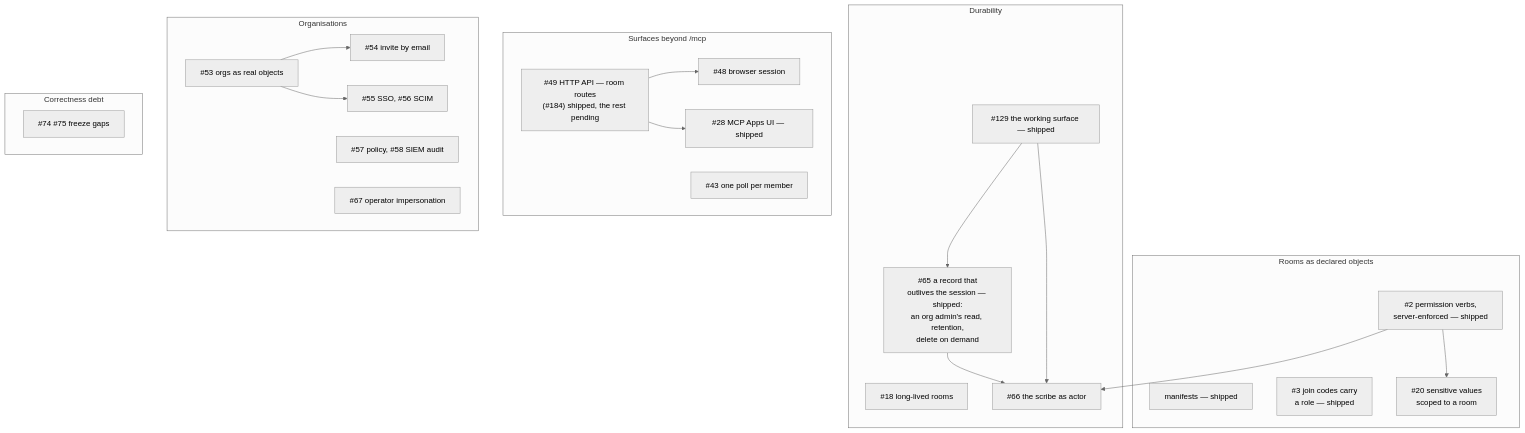
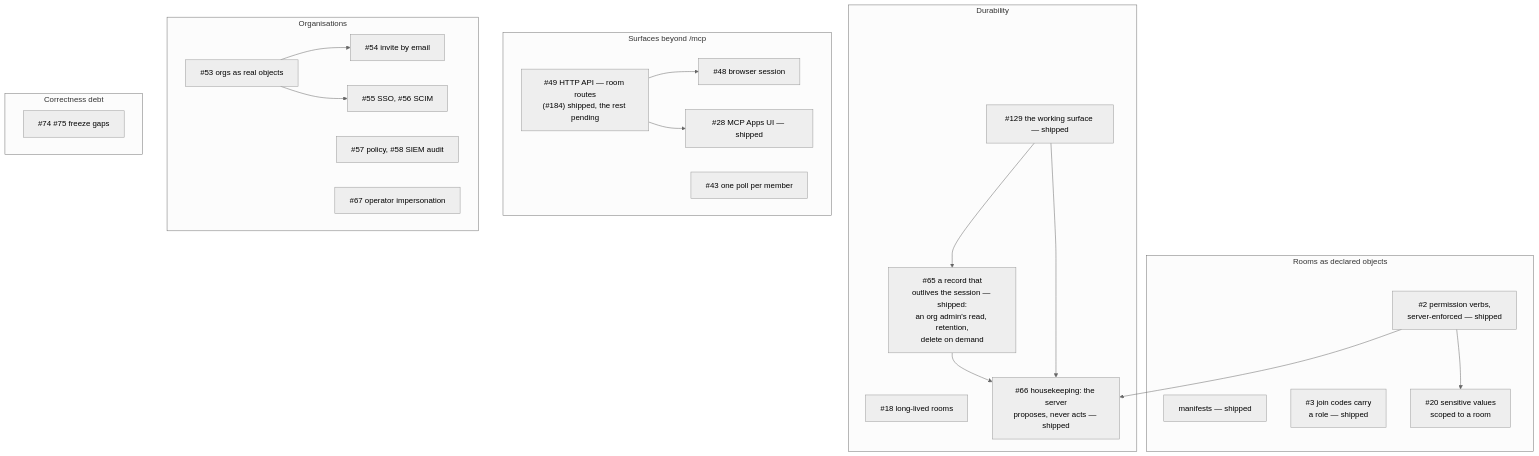
One commit to bellman-sh/bellman changed the seventh of 7 diagrams in docs/ARCHITECTURE.md. Above: the diagram before and after it, drawn with Mermaid (neutral theme). The commit also changed other lines of this file and 2 other files, not shown here.

First line of the commit message:
Record housekeeping in ARCHITECTURE, the README and the design

````diff
--- a/docs/ARCHITECTURE.md
+++ b/docs/ARCHITECTURE.md
@@ -947,41 +947,41 @@
 ```mermaid
 flowchart TB
     subgraph A["Rooms as declared objects"]
         A1["manifests — shipped"]
         A2["#2 permission verbs,<br/>server-enforced — shipped"]
         A3["#3 join codes carry<br/>a role — shipped"]
         A4["#20 sensitive values<br/>scoped to a room"]
     end
     subgraph B["Durability"]
         B0["#129 the working surface — shipped"]
         B1["#18 long-lived rooms"]
         B2["#65 a record that<br/>outlives the session — shipped:<br/>an org admin's read, retention,<br/>delete on demand"]
-        B3["#66 the scribe as actor"]
+        B3["#66 housekeeping: the server<br/>proposes, never acts — shipped"]
     end
     subgraph C["Surfaces beyond /mcp"]
         C1["#49 HTTP API — room routes<br/>(#184) shipped, the rest pending"]
         C2["#48 browser session"]
         C3["#28 MCP Apps UI — shipped"]
         C4["#43 one poll per member"]
     end
     subgraph D["Organisations"]
         D1["#53 orgs as real objects"]
         D2["#54 invite by email"]
         D3["#55 SSO, #56 SCIM"]
         D4["#57 policy, #58 SIEM audit"]
         D5["#67 operator impersonation"]
     end
     subgraph E["Correctness debt"]
         E3["#74 #75 freeze gaps"]
     end
 
     A2 --> A4
     A2 --> B3
     B2 --> B3
     B0 --> B2
     B0 --> B3
     C1 --> C2
     C1 --> C3
     D1 --> D2
     D1 --> D3
 ```
````
